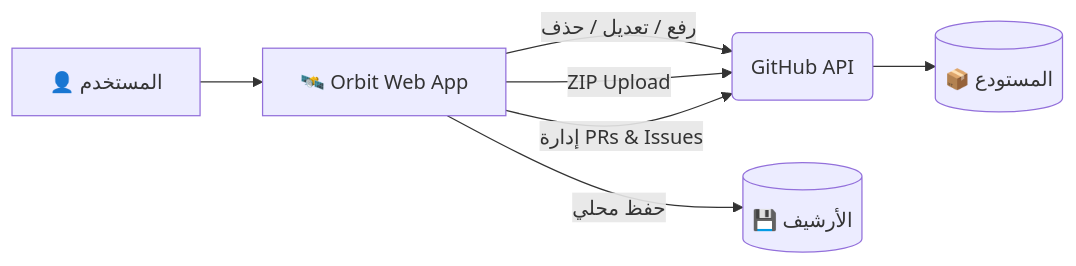
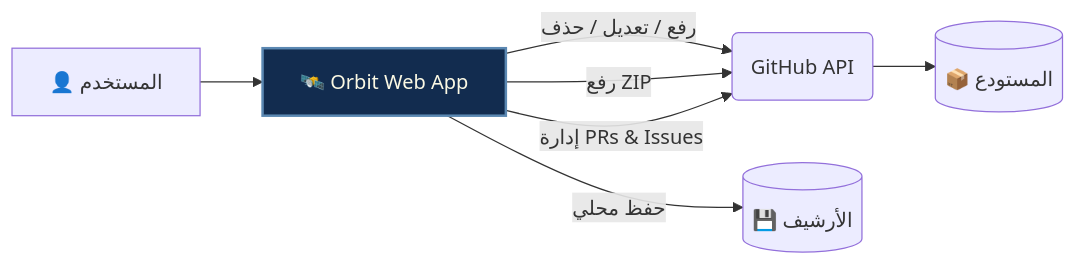
The diagram in Orbit/README.md (T7-T7/BOT-STEAM), drawn with Mermaid before and after one commit. The commit also changed other lines of this file, not shown here.

````diff
--- a/Orbit/README.md
+++ b/Orbit/README.md
@@ -27,9 +50,11 @@
 ```mermaid
 graph LR
     A[👤 المستخدم] --> B[🛰️ Orbit Web App]
     B -->|رفع / تعديل / حذف| C(GitHub API)
-    B -->|ZIP Upload| C
+    B -->|رفع ZIP| C
     B -->|إدارة PRs & Issues| C
     C --> D[(📦 المستودع)]
     B -->|حفظ محلي| E[(💾 الأرشيف)]
+    
+    style B fill:#122C4F,stroke:#5B88B2,stroke-width:2px,color:#FBF9E4
 ```
````
